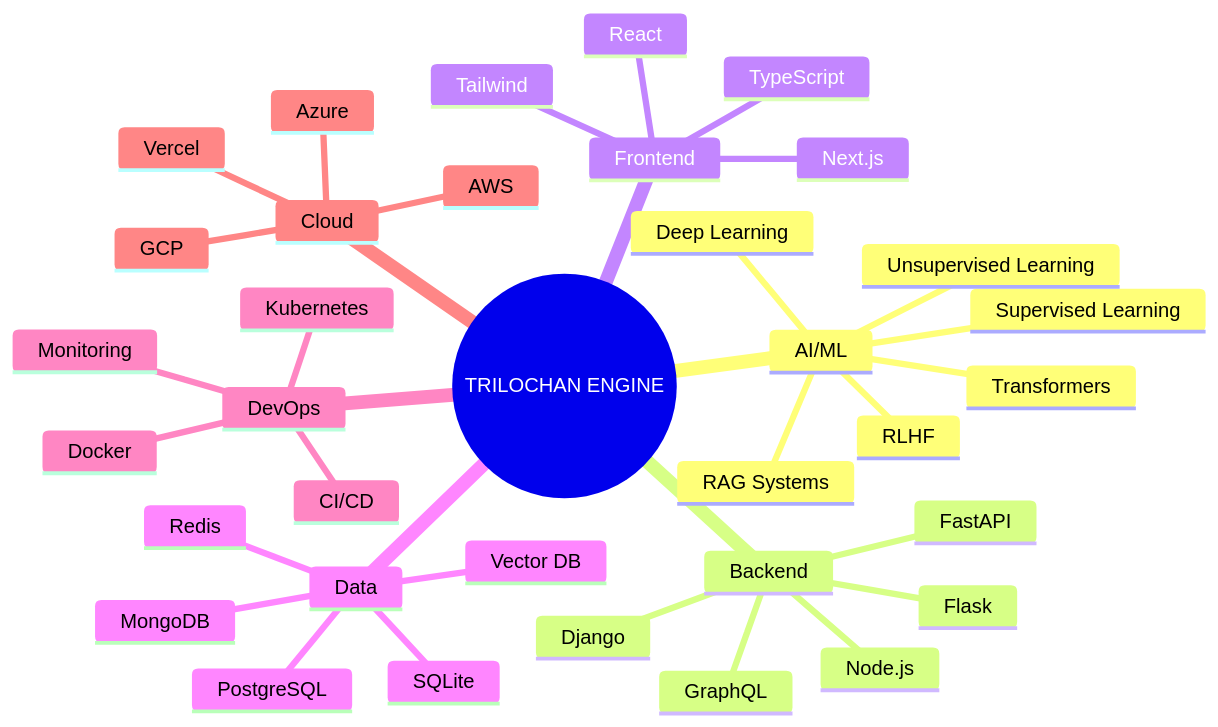
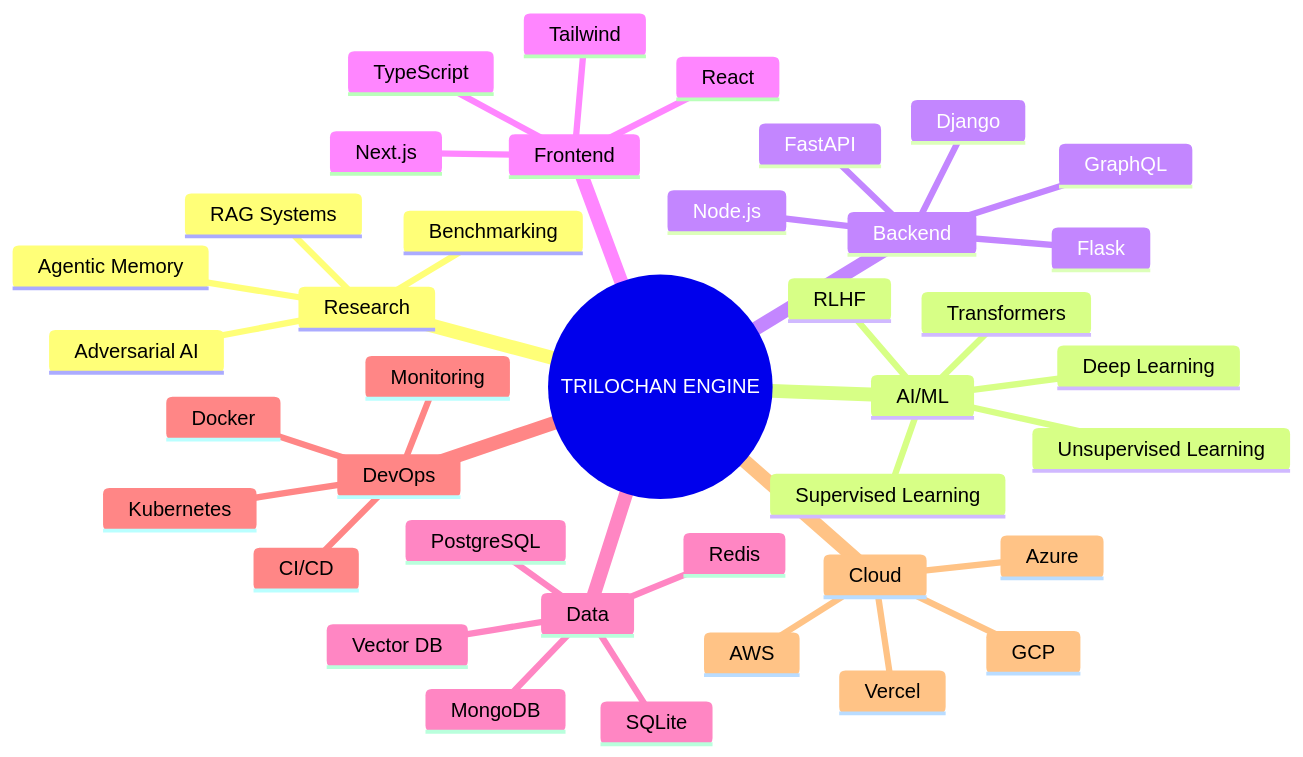
Before and after one commit to parnish007/parnish007: the diagram in README.md, drawn with Mermaid. The commit also changed other lines of this file, not shown here.

First line of the commit message:
Revise README with new role and research focus

````diff
--- a/README.md
+++ b/README.md
@@ -57,38 +117,42 @@
 ```mermaid
 mindmap
   root((TRILOCHAN ENGINE))
+    Research
+      Agentic Memory
+      Adversarial AI
+      RAG Systems
+      Benchmarking
     AI/ML
       Supervised Learning
       Unsupervised Learning
       Deep Learning
       Transformers
-      RAG Systems
       RLHF
     Backend
       FastAPI
       Node.js
       Django
       Flask
       GraphQL
     Frontend
       React
       Next.js
       Tailwind
       TypeScript
     Data
       PostgreSQL
       MongoDB
       Redis
       Vector DB
       SQLite
     DevOps
       Docker
       Kubernetes
       CI/CD
       Monitoring
     Cloud
       AWS
       Azure
       GCP
       Vercel
 ```
````
